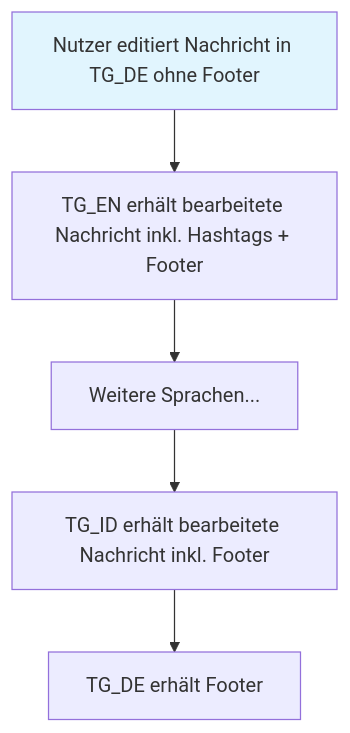
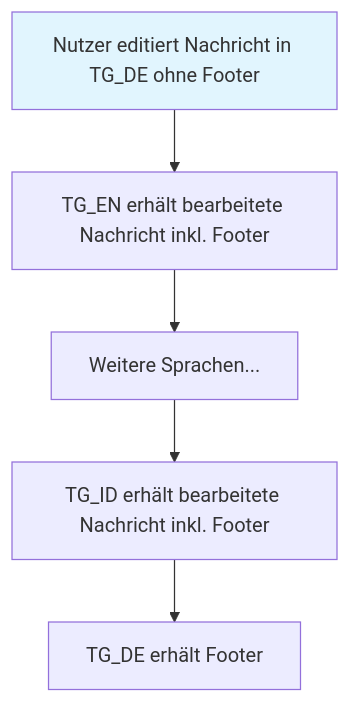
The second of 2 diagrams in docs/USAGE.md (militaernews/ptb-mn), drawn with Mermaid before and after one commit. The commit also changed other lines of this file, not shown here.

````diff
--- a/docs/USAGE.md
+++ b/docs/USAGE.md
@@ -72,9 +72,9 @@
 ```mermaid
 flowchart TD
-    A[Nutzer editiert Nachricht in TG_DE ohne Footer] --> B[TG_EN erhält bearbeitete Nachricht inkl. Hashtags + Footer]
+    A[Nutzer editiert Nachricht in TG_DE ohne Footer] --> B[TG_EN erhält bearbeitete Nachricht inkl. Footer]
     B --> C[Weitere Sprachen...]
     C --> D[TG_ID erhält bearbeitete Nachricht inkl. Footer]
     D --> E[TG_DE erhält Footer]
     
     style A fill:#e1f5fe
 ```
````
